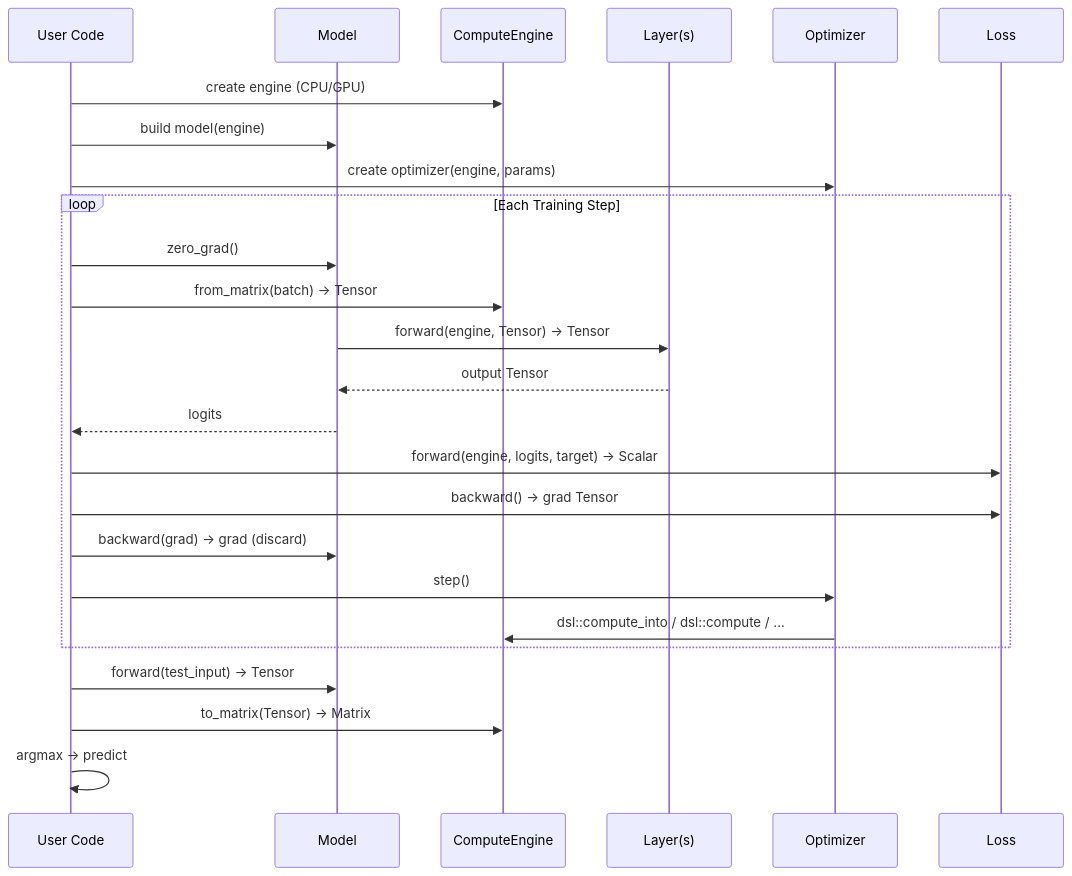
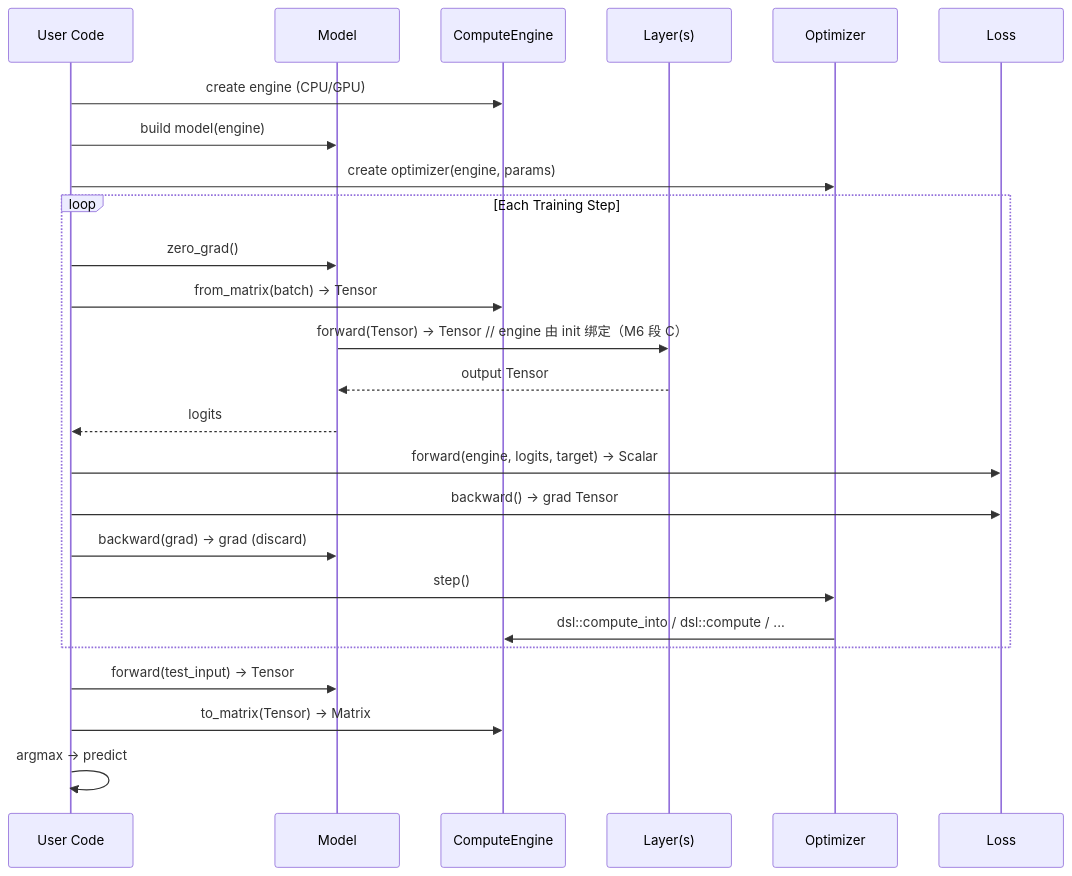
The third of 3 diagrams in docs/introduction/01-architecture.md (EthanPeng-2048/neuralnet.cpp), drawn with Mermaid before and after one commit. The commit also changed other lines of this file and 5 other files, not shown here.

````diff
--- a/docs/introduction/01-architecture.md
+++ b/docs/introduction/01-architecture.md
@@ -333,32 +336,32 @@
 ```mermaid
 sequenceDiagram
     participant U as User Code
     participant M as Model
     participant E as ComputeEngine
     participant L as Layer(s)
     participant O as Optimizer
     participant F as Loss
 
     U->>E: create engine (CPU/GPU)
     U->>M: build model(engine)
     U->>O: create optimizer(engine, params)
 
     loop Each Training Step
         U->>M: zero_grad()
         U->>E: from_matrix(batch) → Tensor
-        M->>L: forward(engine, Tensor) → Tensor
+        M->>L: forward(Tensor) → Tensor   // engine 由 init 绑定（M6 段 C）
         L-->>M: output Tensor
         M-->>U: logits
 
         U->>F: forward(engine, logits, target) → Scalar
         U->>F: backward() → grad Tensor
         U->>M: backward(grad) → grad (discard)
 
         U->>O: step()
         O->>E: dsl::compute_into / dsl::compute / ...
     end
 
     U->>M: forward(test_input) → Tensor
     U->>E: to_matrix(Tensor) → Matrix
     U->>U: argmax → predict
 ```
````
